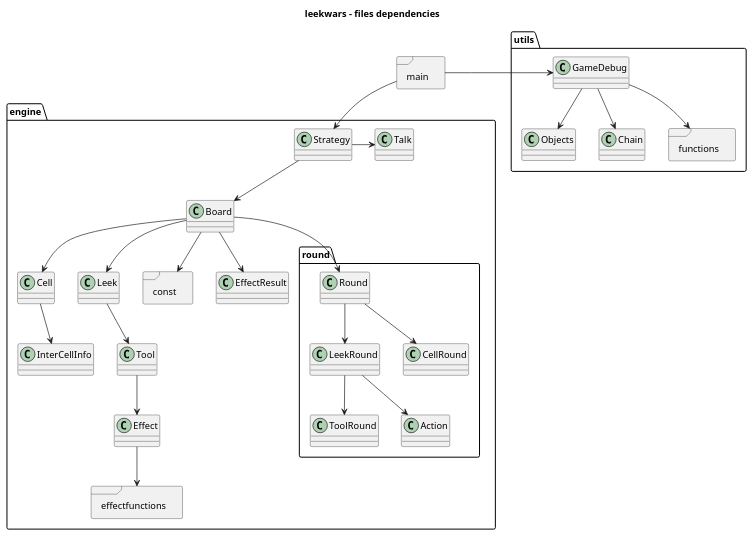
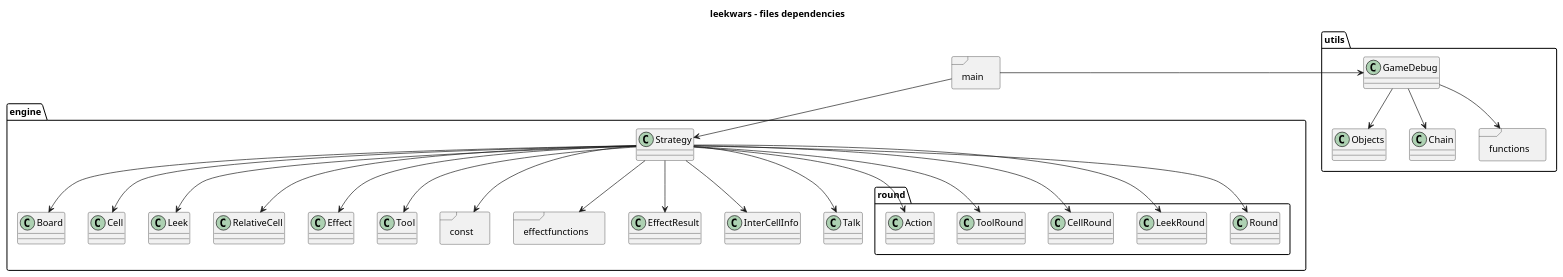
The diagram in doc/files_dependencies.puml (fauconv/leekwars), drawn with PlantUML before and after one commit. The commit also changed 13 other files, not shown here.

```diff
--- a/doc/files_dependencies.puml
+++ b/doc/files_dependencies.puml
@@ -1,58 +1,60 @@
 @startuml
 
 title leekwars - files dependencies
 
 allowmixing
 
 package engine {
   package round {
     class Round
     class LeekRound
     class CellRound
     class ToolRound
     class Action
   }
   class Board
   class Cell 
   class Leek
+  class RelativeCell
   class Effect
   class Tool
   frame const
   frame effectfunctions
   class EffectResult
   class InterCellInfo
   class Strategy
   class Talk
 }
 
 frame main
 
 package utils {
   class GameDebug
   class Objects
   class Chain
   frame functions
 }
 
 main -> GameDebug
 main --> Strategy
 Strategy --> Board
-Strategy -> Talk
-LeekRound --> Action
-Effect --> effectfunctions
-Board --> EffectResult
-Board --> Round 
-Board --> const
-Round --> CellRound
-Round --> LeekRound
-Board --> Cell
-Cell --> InterCellInfo
-LeekRound --> ToolRound
-Leek --> Tool
-Board --> Leek
-Tool --> Effect
+Strategy --> Talk
+Strategy --> Action
+Strategy --> effectfunctions
+Strategy --> EffectResult
+Strategy --> Round 
+Strategy --> const
+Strategy --> CellRound
+Strategy --> LeekRound
+Strategy --> Cell
+Strategy --> InterCellInfo
+Strategy --> ToolRound
+Strategy --> Tool
+Strategy --> Leek
+Strategy --> Effect
+Strategy --> RelativeCell
 GameDebug --> Objects
 GameDebug --> Chain
 GameDebug --> functions
 
 @enduml
```
